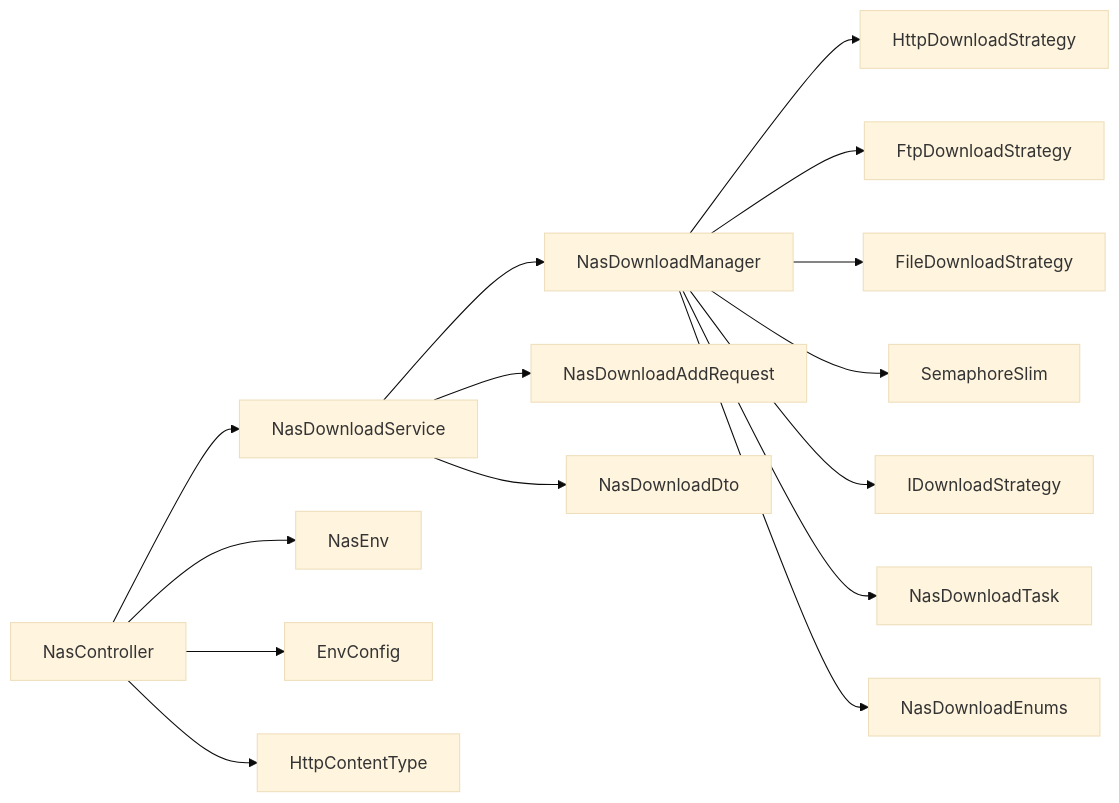
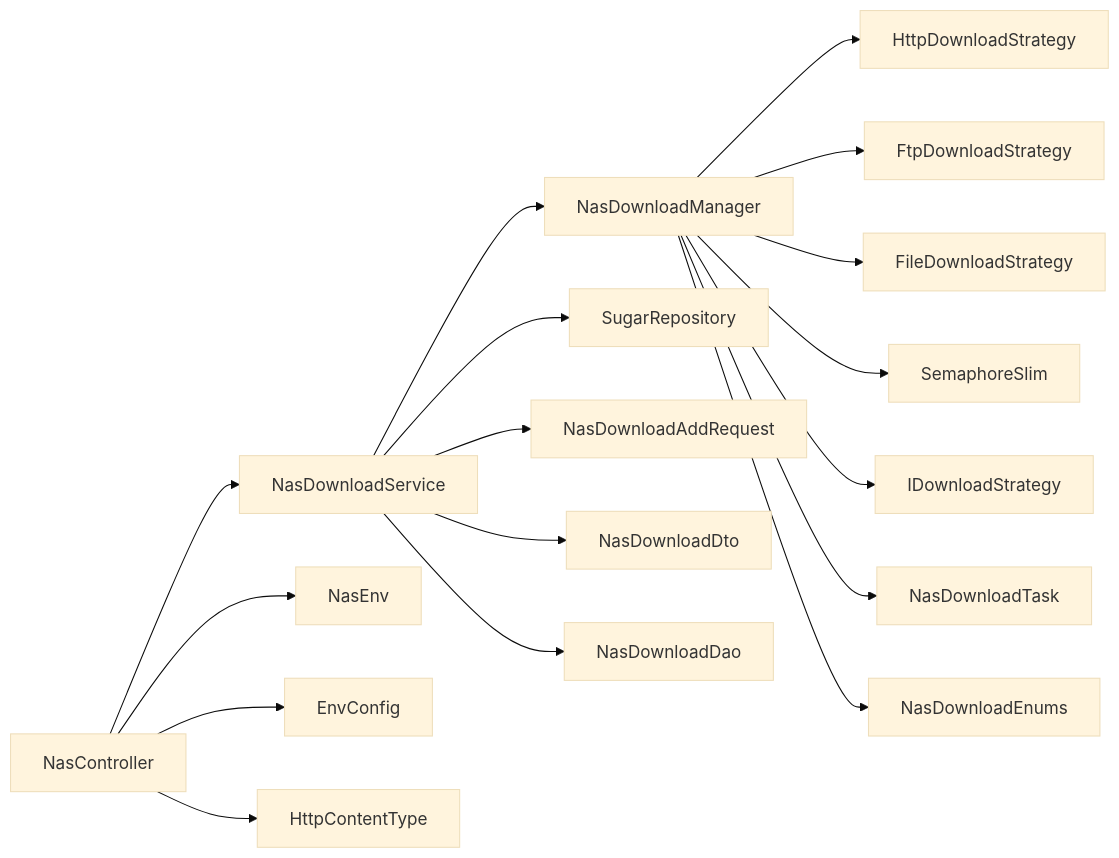
One commit to leadiot/Scm.Net changed the tenth of 10 diagrams in .qoder/repowiki/zh/content/文件管理系统/文件上传下载/文件下载.md. Above: the diagram before and after it, drawn with Mermaid (base theme). The commit also changed other lines of this file and 10 other files, not shown here.

````diff
--- a/.qoder/repowiki/zh/content/文件管理系统/文件上传下载/文件下载.md
+++ b/.qoder/repowiki/zh/content/文件管理系统/文件上传下载/文件下载.md
@@ -474,17 +582,19 @@
 ```mermaid
 graph LR
 NC["NasController"] --> NDS["NasDownloadService"]
 NDS --> NDM["NasDownloadManager"]
+NDS --> Repo["SugarRepository<NasDownloadDao>"]
 NDM --> HDS["HttpDownloadStrategy"]
 NDM --> FTPS["FtpDownloadStrategy"]
 NDM --> FDS["FileDownloadStrategy"]
 NDM --> SEM["SemaphoreSlim"]
 NDM --> STRAT["IDownloadStrategy"]
 NDS --> NAD["NasDownloadAddRequest"]
 NDS --> NDD["NasDownloadDto"]
 NDM --> NDT["NasDownloadTask"]
 NDM --> NDE["NasDownloadEnums"]
+NDS --> NDDao["NasDownloadDao"]
 NC --> NE["NasEnv"]
 NC --> EC["EnvConfig"]
 NC --> HTC["HttpContentType"]
 ```
````
